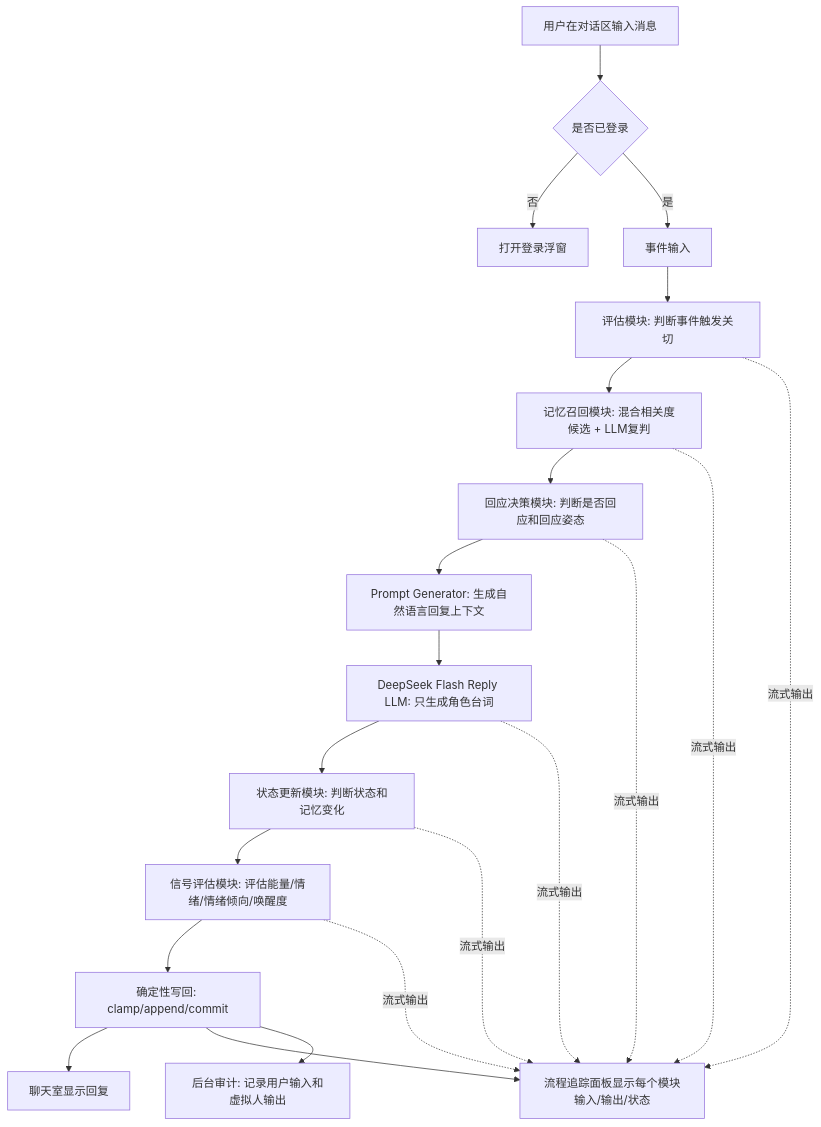
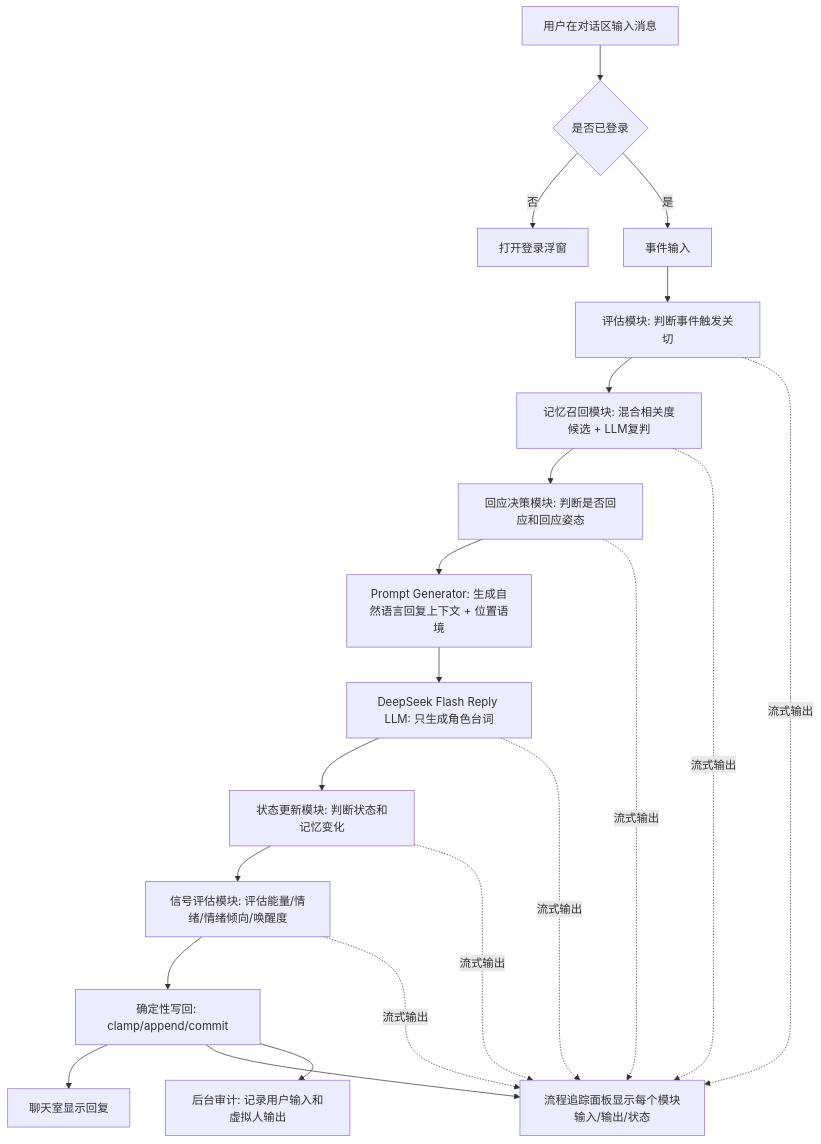
One commit to ttmanthatman/virtual-human-flow changed the fourth of 30 diagrams in docs/SYSTEM_FLOW.md. Above: the diagram before and after it, drawn with Mermaid. The commit also changed other lines of this file and 13 other files, not shown here.

````diff
--- a/docs/SYSTEM_FLOW.md
+++ b/docs/SYSTEM_FLOW.md
@@ -98,23 +100,23 @@
 ```mermaid
 flowchart TD
     U[用户在对话区输入消息] --> AUTH{是否已登录}
     AUTH -- 否 --> LOGIN[打开登录浮窗]
     AUTH -- 是 --> E[事件输入]
     E --> A[评估模块: 判断事件触发关切]
     A --> M[记忆召回模块: 混合相关度候选 + LLM复判]
     M --> D[回应决策模块: 判断是否回应和回应姿态]
-    D --> P[Prompt Generator: 生成自然语言回复上下文]
+    D --> P[Prompt Generator: 生成自然语言回复上下文 + 位置语境]
     P --> R[DeepSeek Flash Reply LLM: 只生成角色台词]
     R --> S[状态更新模块: 判断状态和记忆变化]
     S --> G[信号评估模块: 评估能量/情绪/情绪倾向/唤醒度]
     G --> W[确定性写回: clamp/append/commit]
     W --> C[聊天室显示回复]
     W --> T[流程追踪面板显示每个模块输入/输出/状态]
     W --> AUDIT[后台审计: 记录用户输入和虚拟人输出]
     A -. 流式输出 .-> T
     M -. 流式输出 .-> T
     D -. 流式输出 .-> T
     R -. 流式输出 .-> T
     S -. 流式输出 .-> T
     G -. 流式输出 .-> T
 ```
````
